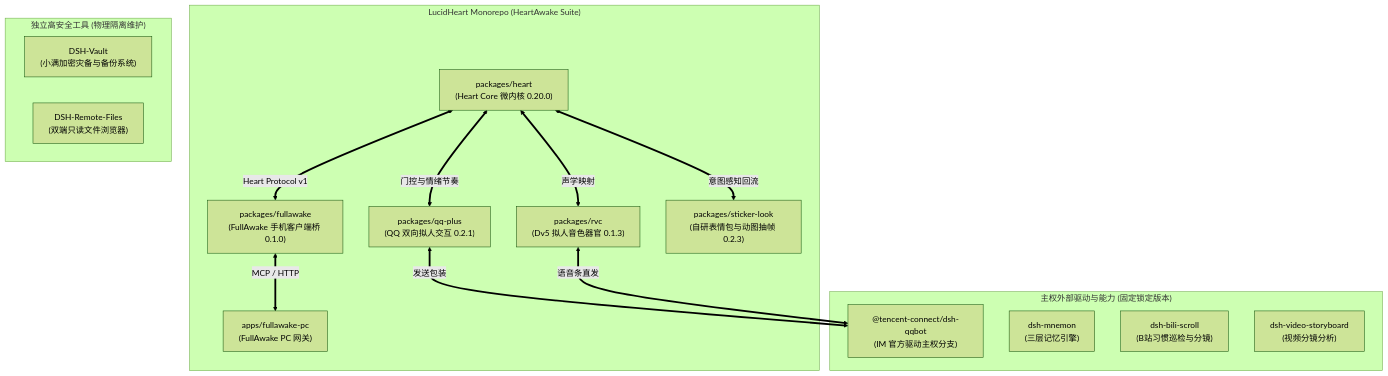
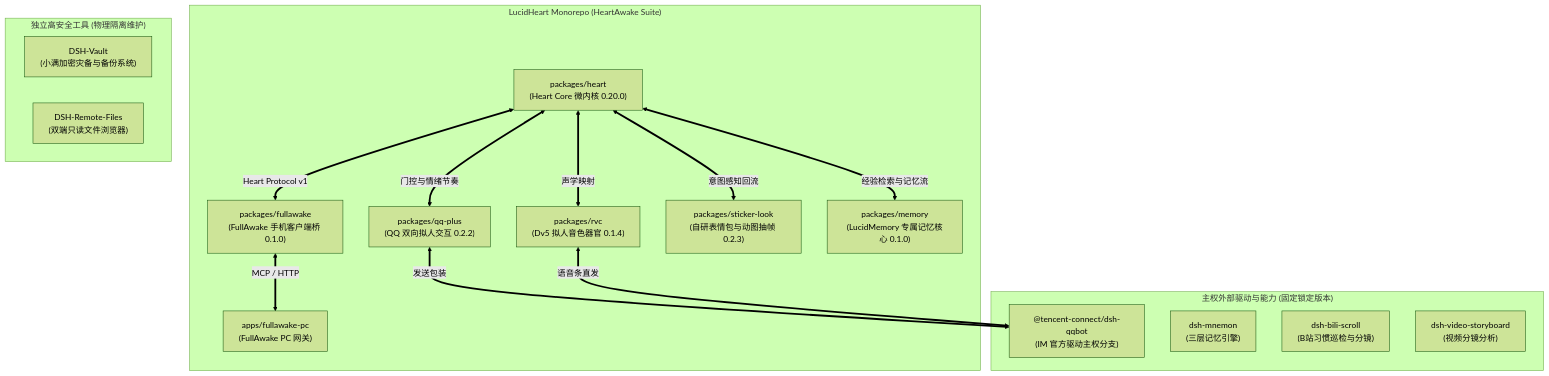
Before and after one commit to kirigayakazima/LucidHeart: the diagram in README.md, drawn with Mermaid (forest theme). The commit also changed other lines of this file and 23 other files, not shown here.

Commit message:
feat(suite): integrate LucidMemory, QQ-Plus v0.2.2 quote-reply, and RVC v0.1.4 path resolution (v0.2.0)

````diff
--- a/README.md
+++ b/README.md
@@ -13,31 +13,33 @@
 ```mermaid
 flowchart TB
     subgraph SUITE["LucidHeart Monorepo (HeartAwake Suite)"]
         HEART["packages/heart<br/>(Heart Core 微内核 0.20.0)"]
         FULLAWAKE["packages/fullawake<br/>(FullAwake 手机客户端桥 0.1.0)"]
         PC_APP["apps/fullawake-pc<br/>(FullAwake PC 网关)"]
-        QQ_PLUS["packages/qq-plus<br/>(QQ 双向拟人交互 0.2.1)"]
-        RVC["packages/rvc<br/>(Dv5 拟人音色器官 0.1.3)"]
+        QQ_PLUS["packages/qq-plus<br/>(QQ 双向拟人交互 0.2.2)"]
+        RVC["packages/rvc<br/>(Dv5 拟人音色器官 0.1.4)"]
         STICKER["packages/sticker-look<br/>(自研表情包与动图抽帧 0.2.3)"]
+        MEMORY["packages/memory<br/>(LucidMemory 专属记忆核心 0.1.0)"]
     end
 
     subgraph FORKS["主权外部驱动与能力 (固定锁定版本)"]
         QQBOT["@tencent-connect/dsh-qqbot<br/>(IM 官方驱动主权分支)"]
         MNEMON["dsh-mnemon<br/>(三层记忆引擎)"]
         BILI["dsh-bili-scroll<br/>(B站习惯巡检与分镜)"]
         STORYBOARD["dsh-video-storyboard<br/>(视频分镜分析)"]
     end
 
     subgraph TOOLS["独立高安全工具 (物理隔离维护)"]
         VAULT["DSH-Vault<br/>(小满加密灾备与备份系统)"]
         REMOTE["DSH-Remote-Files<br/>(双端只读文件浏览器)"]
     end
 
     HEART <== Heart Protocol v1 ==> FULLAWAKE
     HEART <== 门控与情绪节奏 ==> QQ_PLUS
     HEART <== 声学映射 ==> RVC
     HEART <== 意图感知回流 ==> STICKER
+    HEART <== 经验检索与记忆流 ==> MEMORY
     FULLAWAKE <== MCP / HTTP ==> PC_APP
     QQ_PLUS <== 发送包装 ==> QQBOT
     RVC <== 语音条直发 ==> QQBOT
 ```
````
